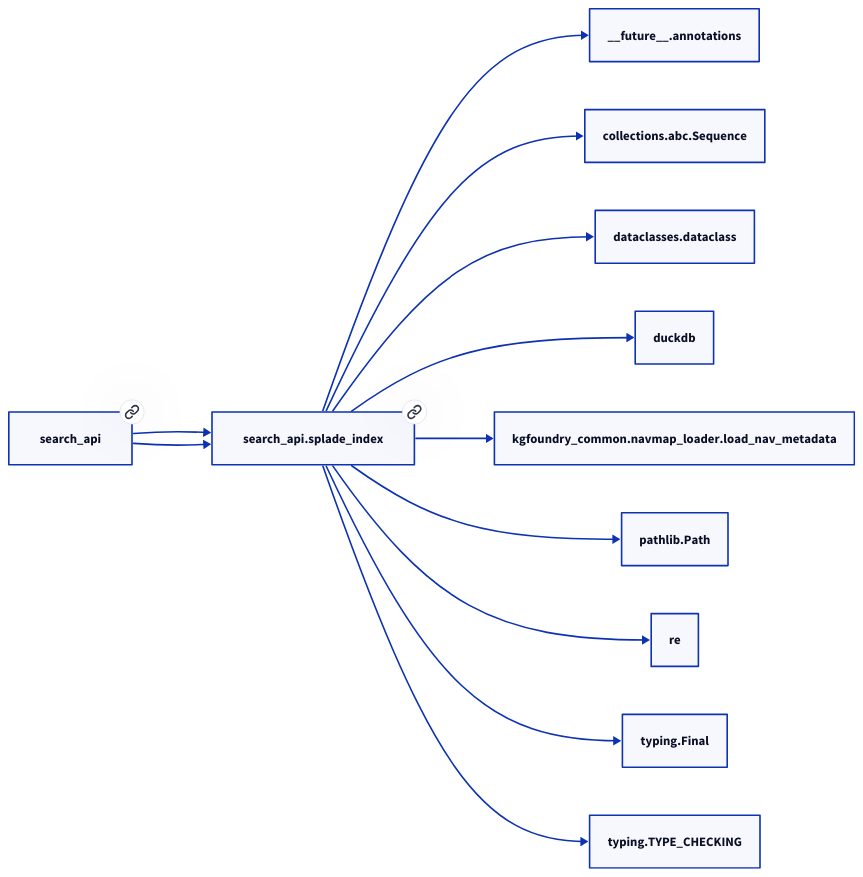
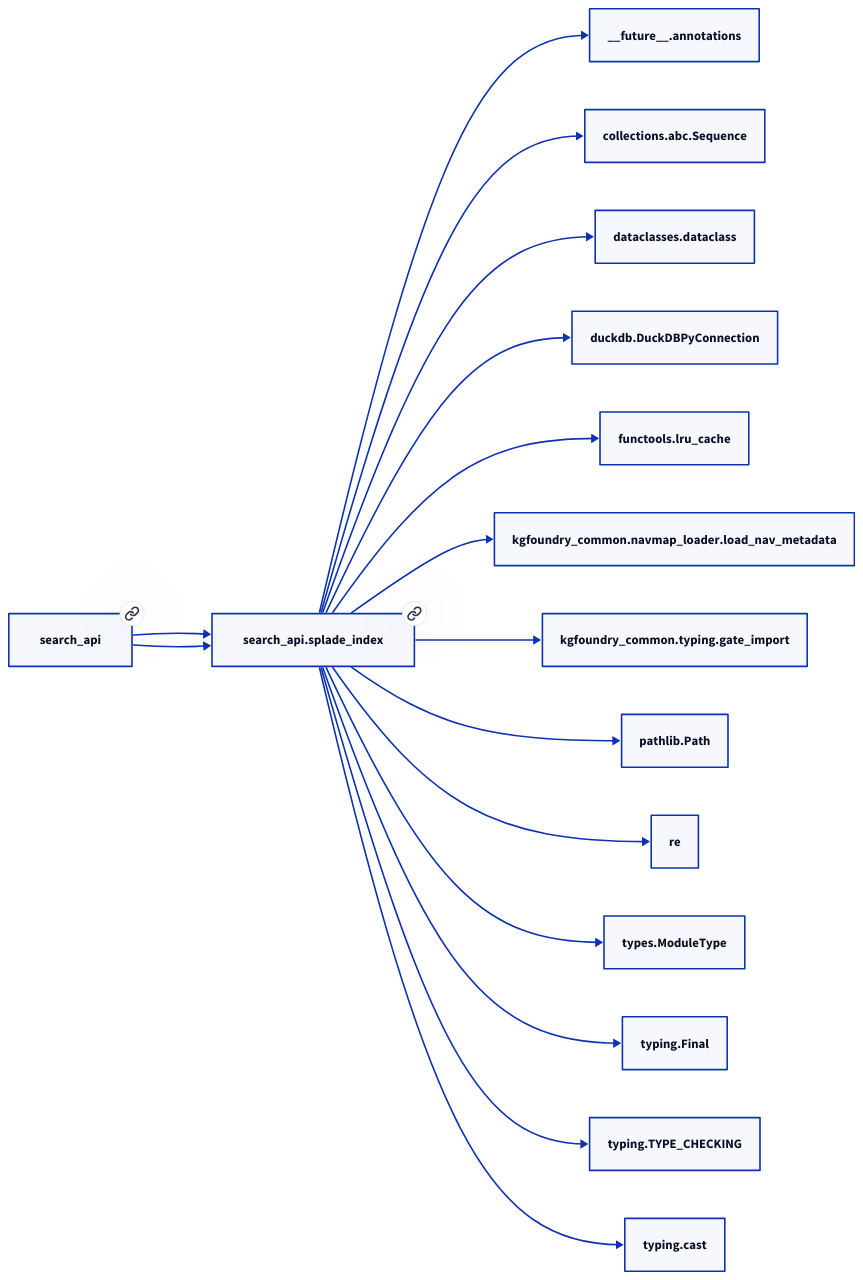
Before and after one commit to paul-heyse/kgforge: the second of 2 diagrams in docs/modules/search_api/splade_index.md, drawn with D2. The commit also changed other lines of this file and 107 other files, not shown here.

````diff
--- a/docs/modules/search_api/splade_index.md
+++ b/docs/modules/search_api/splade_index.md
@@ -51,25 +56,33 @@
 ```d2
 direction: right
 "search_api.splade_index": "search_api.splade_index" { link: "https://github.com/paul-heyse/kgfoundry/blob/main/src/search_api/splade_index.py" }
 "__future__.annotations": "__future__.annotations"
 "search_api.splade_index" -> "__future__.annotations"
 "collections.abc.Sequence": "collections.abc.Sequence"
 "search_api.splade_index" -> "collections.abc.Sequence"
 "dataclasses.dataclass": "dataclasses.dataclass"
 "search_api.splade_index" -> "dataclasses.dataclass"
-"duckdb": "duckdb"
-"search_api.splade_index" -> "duckdb"
+"duckdb.DuckDBPyConnection": "duckdb.DuckDBPyConnection"
+"search_api.splade_index" -> "duckdb.DuckDBPyConnection"
+"functools.lru_cache": "functools.lru_cache"
+"search_api.splade_index" -> "functools.lru_cache"
 "kgfoundry_common.navmap_loader.load_nav_metadata": "kgfoundry_common.navmap_loader.load_nav_metadata"
 "search_api.splade_index" -> "kgfoundry_common.navmap_loader.load_nav_metadata"
+"kgfoundry_common.typing.gate_import": "kgfoundry_common.typing.gate_import"
+"search_api.splade_index" -> "kgfoundry_common.typing.gate_import"
 "pathlib.Path": "pathlib.Path"
 "search_api.splade_index" -> "pathlib.Path"
 "re": "re"
 "search_api.splade_index" -> "re"
+"types.ModuleType": "types.ModuleType"
+"search_api.splade_index" -> "types.ModuleType"
 "typing.Final": "typing.Final"
 "search_api.splade_index" -> "typing.Final"
 "typing.TYPE_CHECKING": "typing.TYPE_CHECKING"
 "search_api.splade_index" -> "typing.TYPE_CHECKING"
+"typing.cast": "typing.cast"
+"search_api.splade_index" -> "typing.cast"
 "search_api": "search_api" { link: "https://github.com/paul-heyse/kgfoundry/blob/main/src/search_api/__init__.py" }
 "search_api" -> "search_api.splade_index"
 "search_api" -> "search_api.splade_index" { style: dashed }
 ```
````
